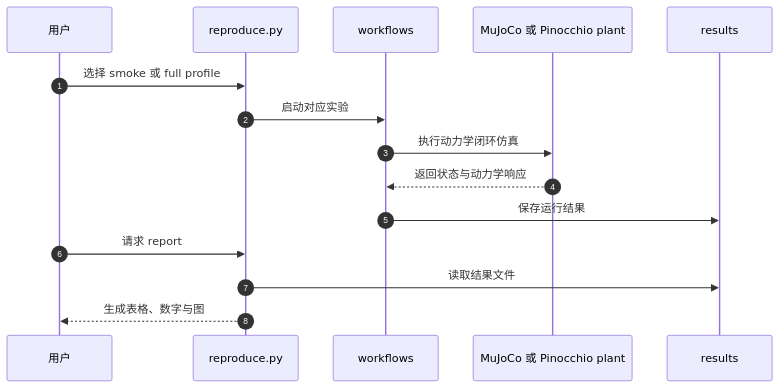
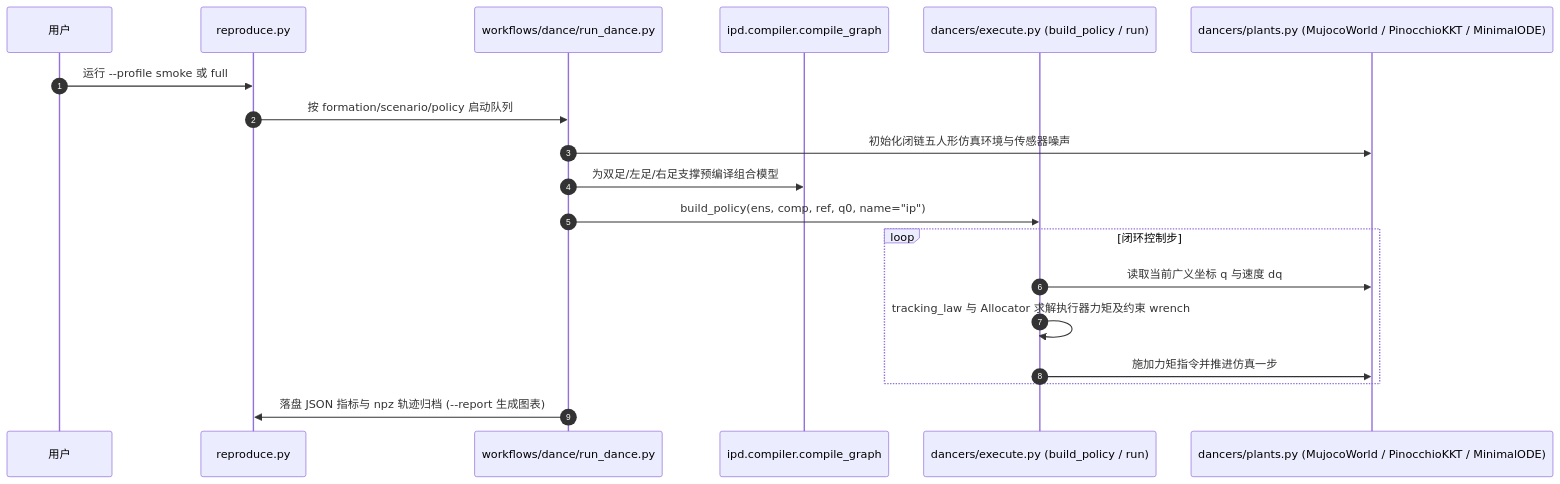
Before and after one commit to ImChong/Robotics_Notebooks: the second of 2 diagrams in wiki/entities/paper-robocompiler-humanoids-composable-dynamics.md, drawn with Mermaid. The commit also changed other lines of this file and 44 other files, not shown here.

Commit message:
feat(roadmap): 新增双/多机器人协作纵深路线及 3 篇基础概念对比页，全路线 67/67 节点保持 3/3 满分

````diff
--- a/wiki/entities/paper-robocompiler-humanoids-composable-dynamics.md
+++ b/wiki/entities/paper-robocompiler-humanoids-composable-dynamics.md
@@ -68,17 +76,21 @@
 ```mermaid
 sequenceDiagram
   autonumber
   participant U as 用户
   participant R as reproduce.py
-  participant W as workflows
-  participant P as MuJoCo 或 Pinocchio plant
-  participant O as results
-  U->>R: 选择 smoke 或 full profile
-  R->>W: 启动对应实验
-  W->>P: 执行动力学闭环仿真
-  P-->>W: 返回状态与动力学响应
-  W->>O: 保存运行结果
-  U->>R: 请求 report
-  R->>O: 读取结果文件
-  R-->>U: 生成表格、数字与图
+  participant W as workflows/dance/run_dance.py
+  participant C as ipd.compiler.compile_graph
+  participant E as dancers/execute.py (build_policy / run)
+  participant P as dancers/plants.py (MujocoWorld / PinocchioKKT / MinimalODE)
+  U->>R: 运行 --profile smoke 或 full
+  R->>W: 按 formation/scenario/policy 启动队列
+  W->>P: 初始化闭链五人形仿真环境与传感器噪声
+  W->>C: 为双足/左足/右足支撑预编译组合模型
+  W->>E: build_policy(ens, comp, ref, q0, name="ip")
+  loop 闭环控制步
+    E->>P: 读取当前广义坐标 q 与速度 dq
+    E->>E: tracking_law 与 Allocator 求解执行器力矩及约束 wrench
+    E->>P: 施加力矩指令并推进仿真一步
+  end
+  W->>R: 落盘 JSON 指标与 npz 轨迹归档 (--report 生成图表)
 ```
````
